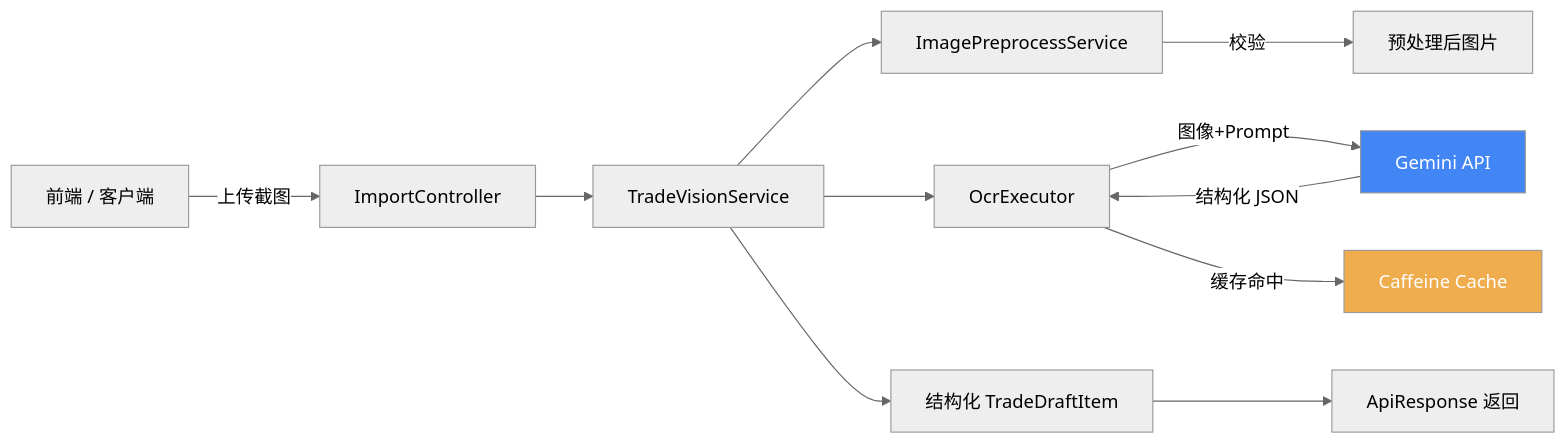
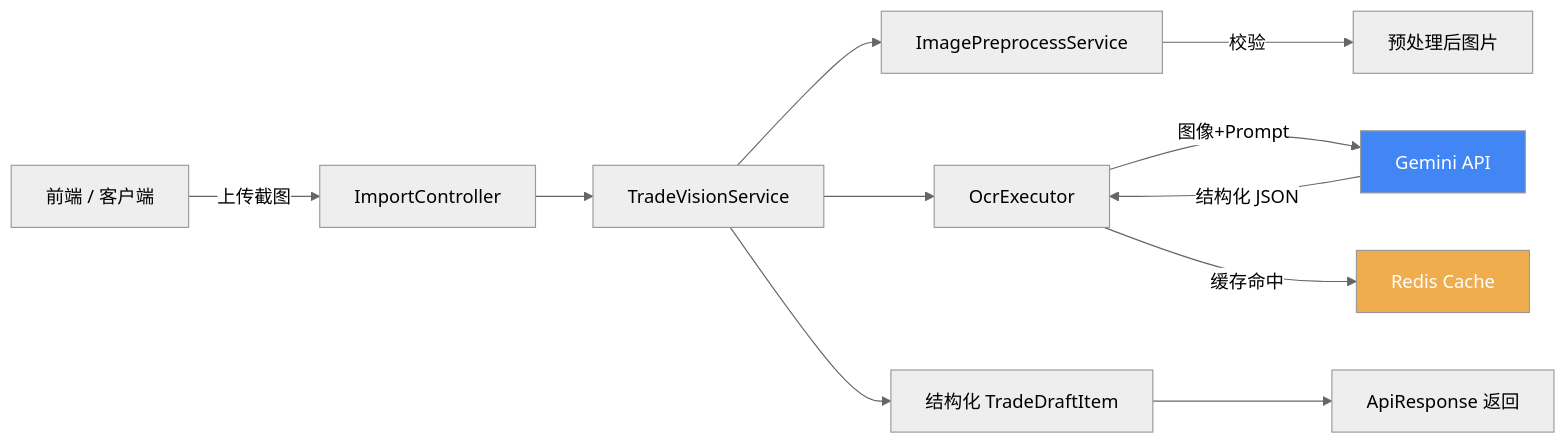
Before and after one commit to loveheng/stock-calculator-service: the first of 3 diagrams in README.md, drawn with Mermaid (neutral theme). The commit also changed other lines of this file and 10 other files, not shown here.

````diff
--- a/README.md
+++ b/README.md
@@ -29,16 +29,16 @@
 ```mermaid
 flowchart LR
     A[前端 / 客户端] -->|上传截图| B[ImportController]
     B --> C[TradeVisionService]
     C --> D[ImagePreprocessService]
     D -->|校验| E[预处理后图片]
     C --> F[OcrExecutor]
     F -->|图像+Prompt| G[Gemini API]
     G -->|结构化 JSON| F
-    F -->|缓存命中| H[Caffeine Cache]
+    F -->|缓存命中| H[Redis Cache]
     C --> I[结构化 TradeDraftItem]
     I --> J[ApiResponse 返回]
 
     style G fill:#4285F4,color:#fff
     style H fill:#f0ad4e,color:#fff
 ```
````
